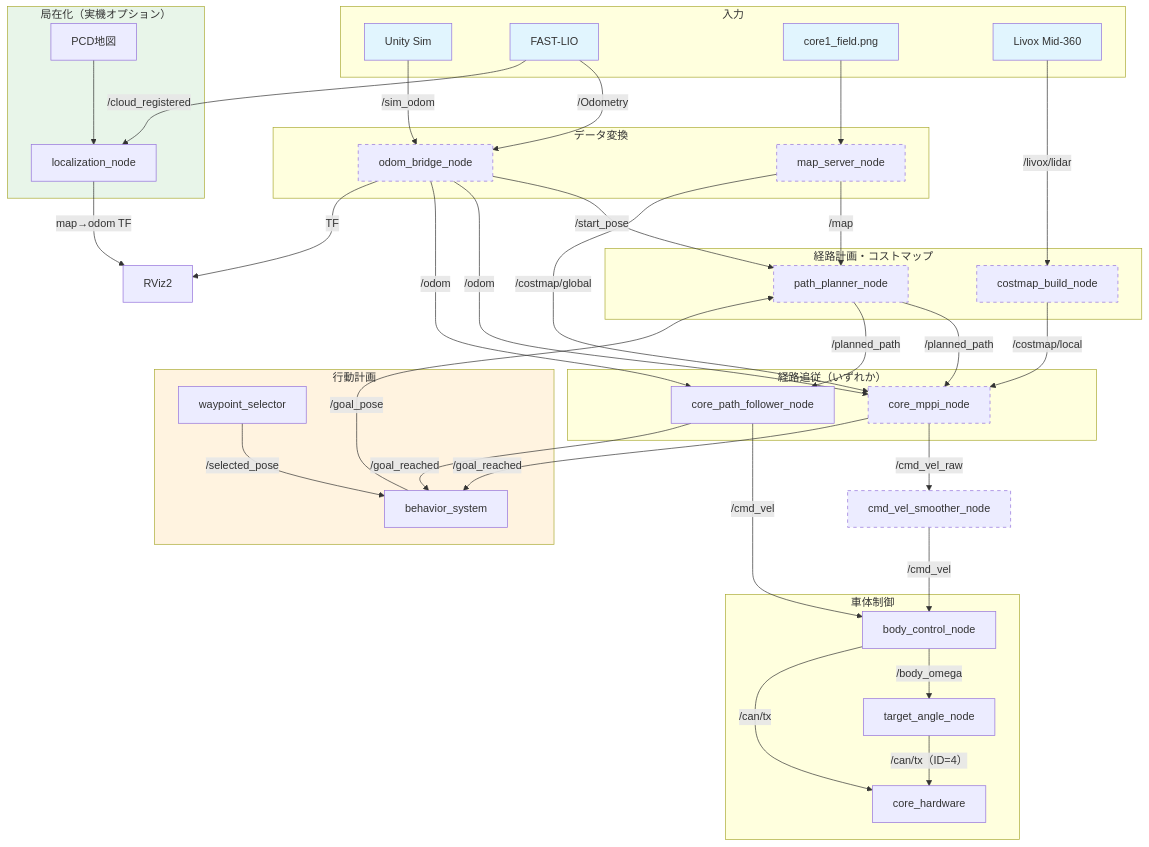
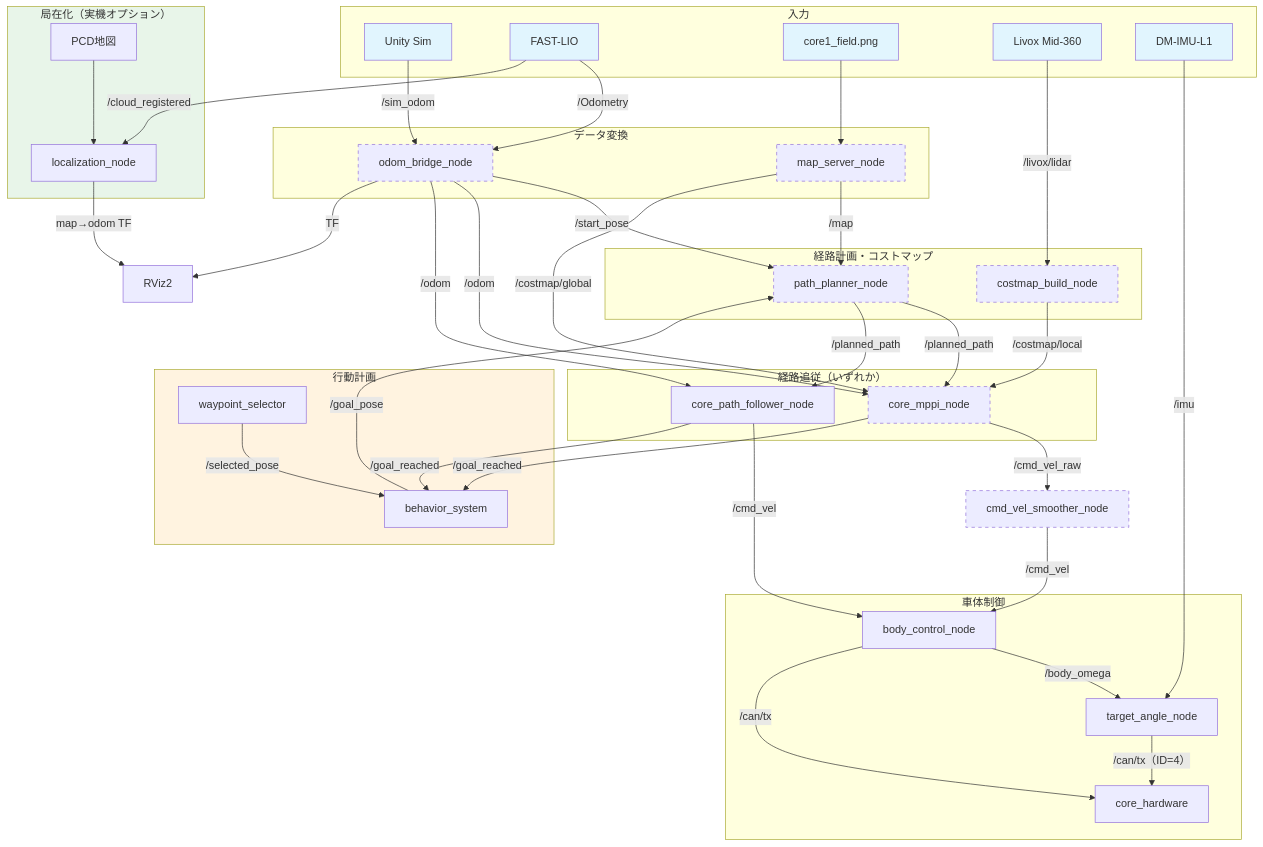
One commit to team-continue/core2026 changed the first of 3 diagrams in docs/architecture/overview.md. Above: the diagram before and after it, drawn with Mermaid. The commit also changed other lines of this file and 31 other files, not shown here.

```diff
--- a/docs/architecture/overview.md
+++ b/docs/architecture/overview.md
@@ -70,6 +71,7 @@
         FASTLIO["FAST-LIO"]
         MapPNG["core1_field.png"]
         LiDAR["Livox Mid-360"]
+        DMIMU["DM-IMU-L1"]
     end
 
     subgraph Behavior["行動計画"]
@@ -106,6 +108,7 @@
     FASTLIO -->|/Odometry| OdomBridge
     MapPNG --> MapServer
     LiDAR -->|/livox/lidar| CostmapBuilder
+    DMIMU -->|/imu| TargetAngle
 
     WaypointSelector -->|/selected_pose| BehaviorSystem
     BehaviorSystem -->|/goal_pose| PathPlanner
@@ -141,6 +144,7 @@
     style Unity fill:#e1f5fe,color:#333
     style FASTLIO fill:#e1f5fe,color:#333
     style LiDAR fill:#e1f5fe,color:#333
+    style DMIMU fill:#e1f5fe,color:#333
     style Localization fill:#e8f5e9,color:#333
     style Behavior fill:#fff3e0,color:#333
 
```
